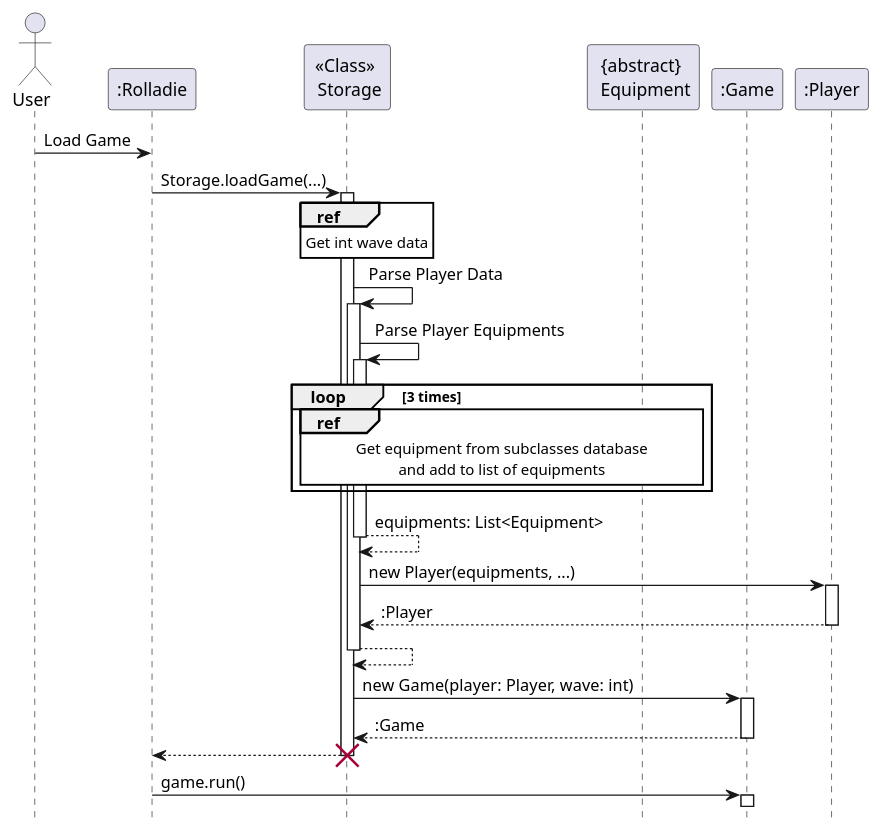
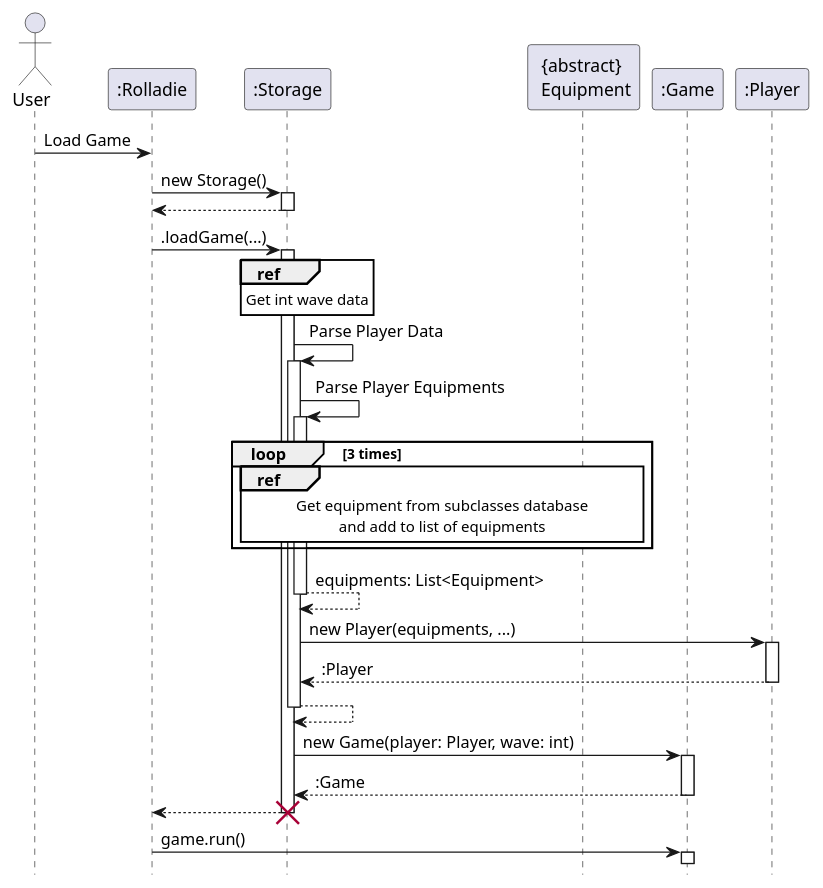
The diagram in docs/diagrams/loadSequence.puml (TiangSoonYong/tp), drawn with PlantUML before and after one commit. The commit also changed 13 other files, not shown here.

```diff
--- a/docs/diagrams/loadSequence.puml
+++ b/docs/diagrams/loadSequence.puml
@@ -1,45 +1,49 @@
 @startuml
 hide footbox
 skinparam sequenceReferenceBackgroundColor #FFFFFF
 actor User
 
 participant ":Rolladie" as Rolladie
-participant "<<Class>> \n Storage" as Storage
+participant ":Storage" as Storage
 participant "{abstract} \n Equipment" as Equipment
 participant ":Game" as Game
 participant ":Player" as Player
 
 User -> Rolladie: Load Game
-Rolladie -> Storage: Storage.loadGame(...)
+Rolladie -> Storage: new Storage()
+activate Storage
+Storage --> Rolladie:
+deactivate Storage
+Rolladie -> Storage: .loadGame(...)
 activate Storage
 ref over Storage
     Get int wave data
 end ref
 Storage -> Storage: Parse Player Data
 activate Storage
     Storage -> Storage: Parse Player Equipments
     activate Storage
         loop 3 times
             ref over Storage, Equipment
                 Get equipment from subclasses database
                 and add to list of equipments
             end ref
         end loop
         Storage --> Storage: equipments: List<Equipment>
     deactivate Storage
     Storage -> Player: new Player(equipments, ...)
     activate Player
     Player --> Storage: :Player
     deactivate Player
     Storage --> Storage:
 deactivate Storage
 
 Storage -> Game: new Game(player: Player, wave: int)
 activate Game
 Game --> Storage: :Game
 deactivate Game
 Storage --> Rolladie:
 destroy Storage
 Rolladie -> Game: game.run()
 activate Game
 @enduml
```
